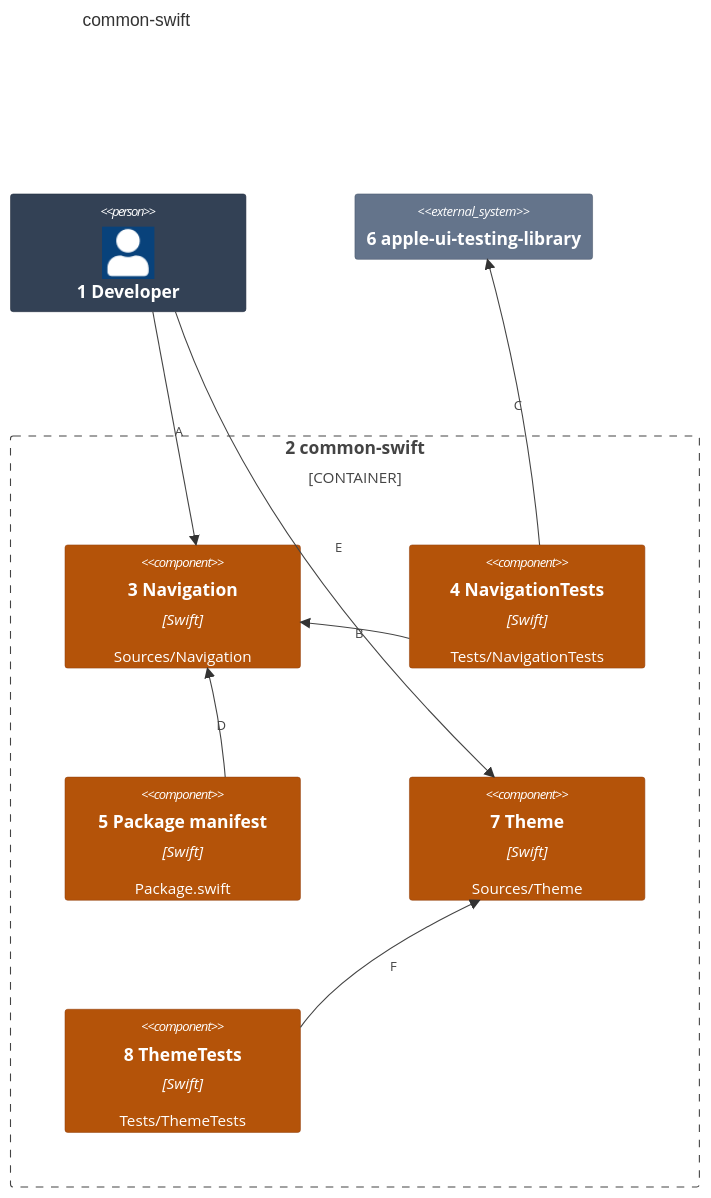
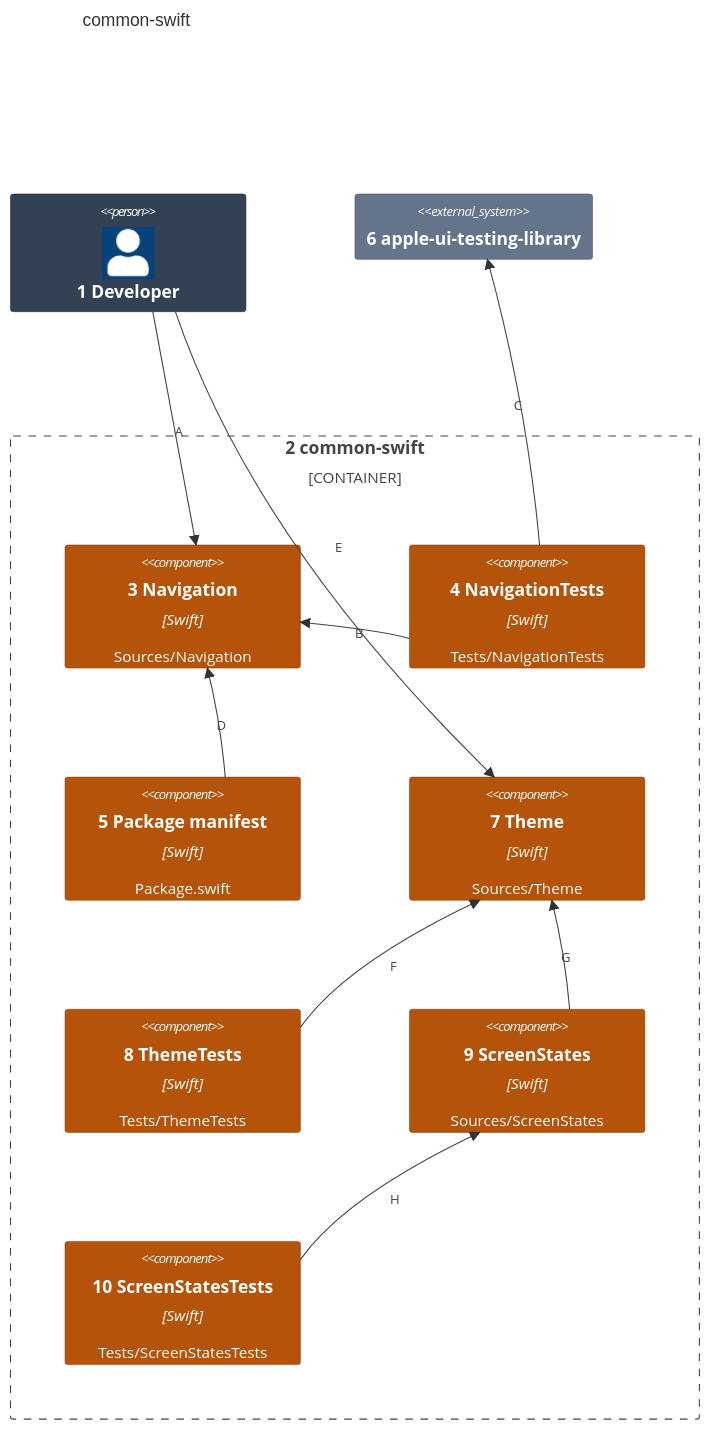
Before and after one commit to may-journal/common-swift: the first of 2 diagrams in docs/architecture/03-components.md, drawn with Mermaid. The commit also changed other lines of this file and 15 other files, not shown here.

First line of the commit message:
feat(screen-states): add a ScreenStates package for loading, empty and failed screens

````diff
--- a/docs/architecture/03-components.md
+++ b/docs/architecture/03-components.md
@@ -5,31 +5,37 @@
 ```mermaid
 C4Component
     title common-swift
 
     Person(developer, "1 Developer")
 
     Container_Boundary(repo, "2 common-swift") {
         Component(navigation, "3 Navigation", "Swift", "Sources/Navigation")
         Component(tests, "4 NavigationTests", "Swift", "Tests/NavigationTests")
         Component(manifest, "5 Package manifest", "Swift", "Package.swift")
         Component(theme, "7 Theme", "Swift", "Sources/Theme")
         Component(themeTests, "8 ThemeTests", "Swift", "Tests/ThemeTests")
+        Component(states, "9 ScreenStates", "Swift", "Sources/ScreenStates")
+        Component(statesTests, "10 ScreenStatesTests", "Swift", "Tests/ScreenStatesTests")
     }
 
     System_Ext(library, "6 apple-ui-testing-library")
 
     Rel(developer, navigation, "A")
     Rel(tests, navigation, "B")
     Rel(tests, library, "C")
     Rel(manifest, navigation, "D")
     Rel(developer, theme, "E")
     Rel(themeTests, theme, "F")
+    Rel(states, theme, "G")
+    Rel(statesTests, states, "H")
 
     UpdateElementStyle(developer, $bgColor="#334155", $borderColor="#1e293b", $fontColor="#ffffff")
     UpdateElementStyle(navigation, $bgColor="#b45309", $borderColor="#92400e", $fontColor="#ffffff")
     UpdateElementStyle(tests, $bgColor="#b45309", $borderColor="#92400e", $fontColor="#ffffff")
     UpdateElementStyle(manifest, $bgColor="#b45309", $borderColor="#92400e", $fontColor="#ffffff")
     UpdateElementStyle(theme, $bgColor="#b45309", $borderColor="#92400e", $fontColor="#ffffff")
     UpdateElementStyle(themeTests, $bgColor="#b45309", $borderColor="#92400e", $fontColor="#ffffff")
+    UpdateElementStyle(states, $bgColor="#b45309", $borderColor="#92400e", $fontColor="#ffffff")
+    UpdateElementStyle(statesTests, $bgColor="#b45309", $borderColor="#92400e", $fontColor="#ffffff")
     UpdateElementStyle(library, $bgColor="#64748b", $borderColor="#475569", $fontColor="#ffffff")
 ```
````
